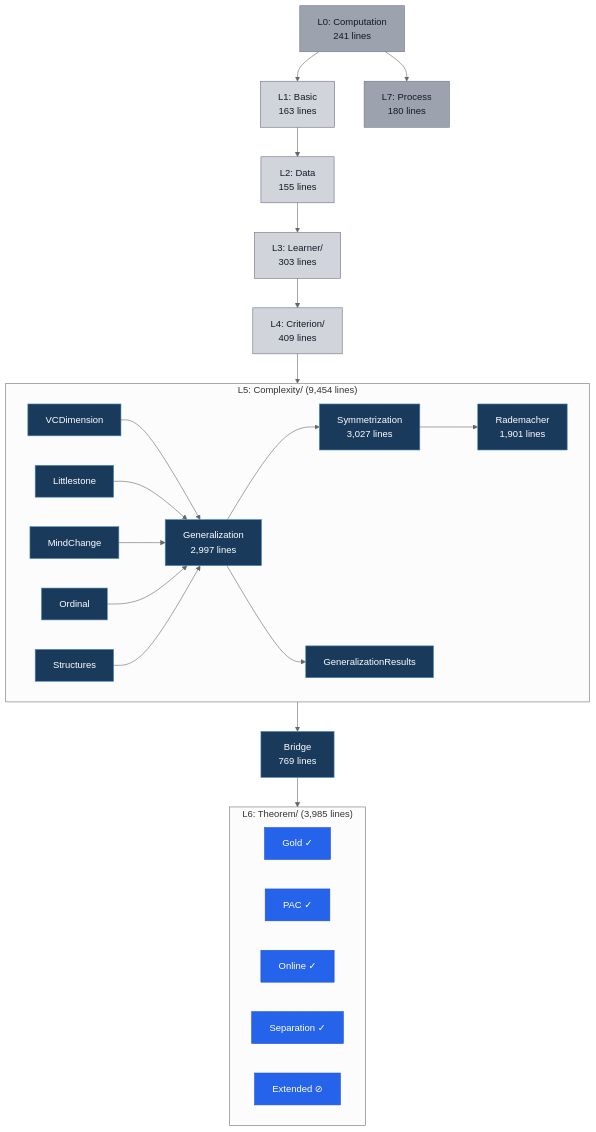
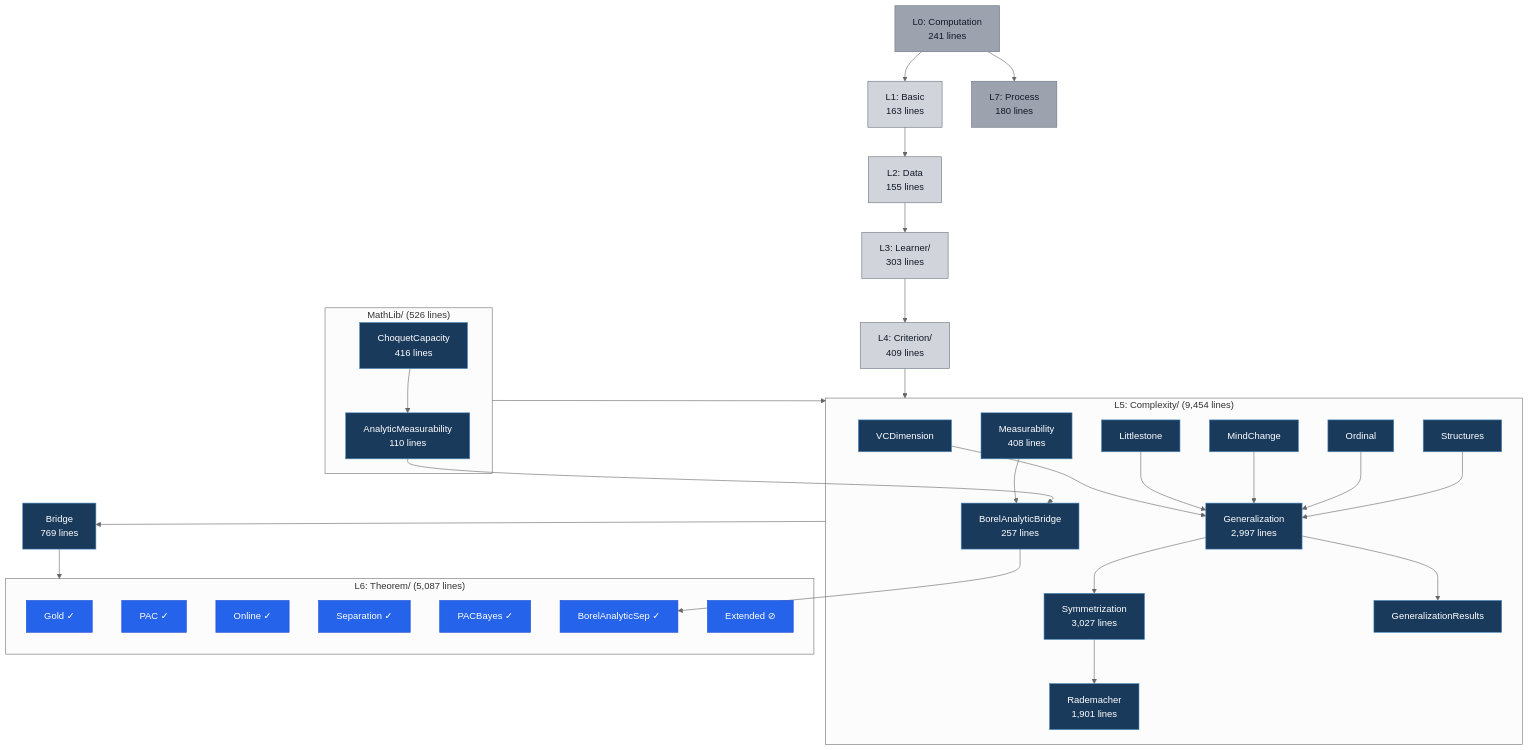
The second of 5 diagrams in README.md (Zetetic-Dhruv/formal-learning-theory-kernel), drawn with Mermaid (neutral theme) before and after one commit. The commit also changed other lines of this file, not shown here.

Commit message:
Section I: reframe as general tool, update DAG and design decisions
- Add Part I header
- Reframe opening as general analytical tool applied to learning theory
- Update design decisions row 3: typeclass hierarchy is now primary
  implementation, not commented alternative
- Update Mermaid DAG: add Measurability, BorelAnalyticBridge, MathLib/
  (ChoquetCapacity, AnalyticMeasurability), PACBayes,
  BorelAnalyticSeparation nodes with correct line counts
- L5 = 9,454 lines, L6 = 5,087 lines, MathLib = 526 lines
- Update percentage paragraph with MathLib as separate 3% category

````diff
--- a/README.md
+++ b/README.md
@@ -104,55 +106,69 @@
 ```mermaid
 flowchart TB
     classDef types fill:#d1d5db,stroke:#6b7280,color:#111827
     classDef infra fill:#1a3a5c,stroke:#4a8abf,color:#fff
     classDef thm fill:#2563eb,stroke:#1d4ed8,color:#fff
     classDef vocab fill:#9ca3af,stroke:#6b7280,color:#111827
 
     L0["L0: Computation\n241 lines"]:::vocab
     L1["L1: Basic\n163 lines"]:::types
     L2["L2: Data\n155 lines"]:::types
     L3["L3: Learner/\n303 lines"]:::types
     L4["L4: Criterion/\n409 lines"]:::types
 
     subgraph L5["L5: Complexity/ (9,454 lines)"]
         VCD["VCDimension"]:::infra
         LIT["Littlestone"]:::infra
         MC["MindChange"]:::infra
         ORD["Ordinal"]:::infra
         STR["Structures"]:::infra
+        MEAS["Measurability\n408 lines"]:::infra
+        BAB["BorelAnalyticBridge\n257 lines"]:::infra
         GEN["Generalization\n2,997 lines"]:::infra
         SYM["Symmetrization\n3,027 lines"]:::infra
         RAD2["Rademacher\n1,901 lines"]:::infra
         GR["GeneralizationResults"]:::infra
     end
 
+    subgraph ML["MathLib/ (526 lines)"]
+        CHQ["ChoquetCapacity\n416 lines"]:::infra
+        ANM["AnalyticMeasurability\n110 lines"]:::infra
+    end
+
     BR["Bridge\n769 lines"]:::infra
 
-    subgraph L6["L6: Theorem/ (3,985 lines)"]
+    subgraph L6["L6: Theorem/ (5,087 lines)"]
         GOLD["Gold ✓"]:::thm
         TPAC["PAC ✓"]:::thm
         TONL["Online ✓"]:::thm
         SEP["Separation ✓"]:::thm
+        PB["PACBayes ✓"]:::thm
+        BAS["BorelAnalyticSep ✓"]:::thm
         EXT["Extended ⊘"]:::thm
     end
 
     L7["L7: Process\n180 lines"]:::vocab
 
     L0 --> L1
     L1 --> L2
     L2 --> L3
     L3 --> L4
     L4 --> L5
     L5 --> BR
     BR --> L6
     L0 --> L7
+    ML --> L5
 
     VCD --> GEN
     LIT --> GEN
     MC --> GEN
     ORD --> GEN
     STR --> GEN
+    MEAS --> BAB
+    BAB --> BAS
+    CHQ --> ANM
+    ANM --> BAB
     GEN --> SYM
     SYM --> RAD2
     GEN --> GR
 ```
````
